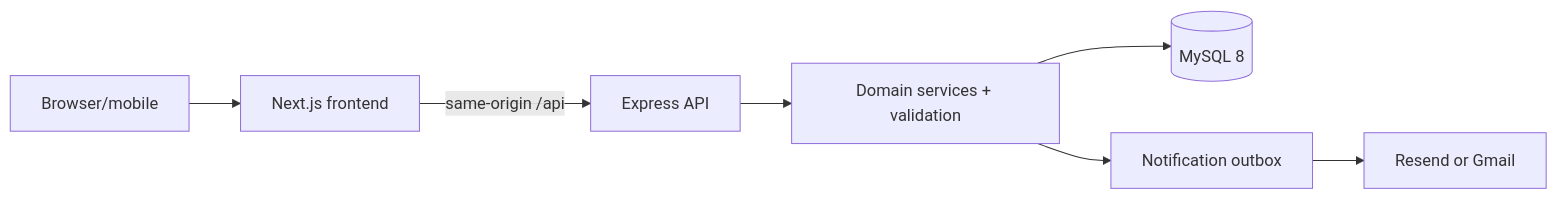
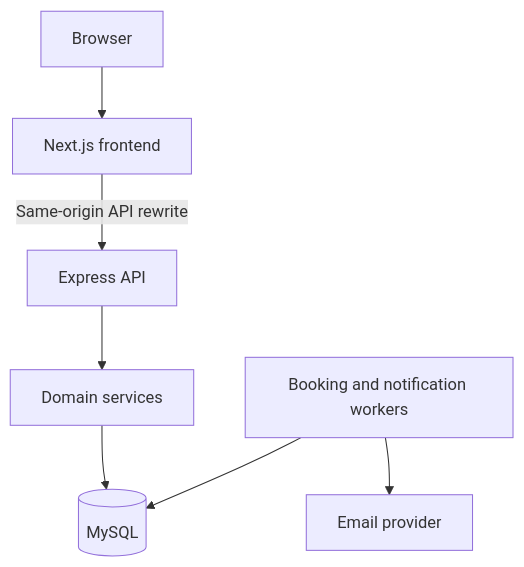
One commit to hello1224354/nail_salon_api changed the first of 2 diagrams in docs/ARCHITECTURE.md. Above: the diagram before and after it, drawn with Mermaid. The commit also changed other lines of this file and 14 other files, not shown here.

````diff
--- a/docs/ARCHITECTURE.md
+++ b/docs/ARCHITECTURE.md
@@ -5,9 +7,9 @@
 ```mermaid
-flowchart LR
-    User[Browser/mobile] --> Next[Next.js frontend]
-    Next -->|same-origin /api| Express[Express API]
-    Express --> Services[Domain services + validation]
-    Services --> DB[(MySQL 8)]
-    Services --> Outbox[Notification outbox]
-    Outbox --> Mail[Resend or Gmail]
+flowchart TD
+    Browser[Browser] --> Web[Next.js frontend]
+    Web -->|Same-origin API rewrite| API[Express API]
+    API --> Domain[Domain services]
+    Domain --> DB[(MySQL)]
+    Worker[Booking and notification workers] --> DB
+    Worker --> Mail[Email provider]
 ```
````
